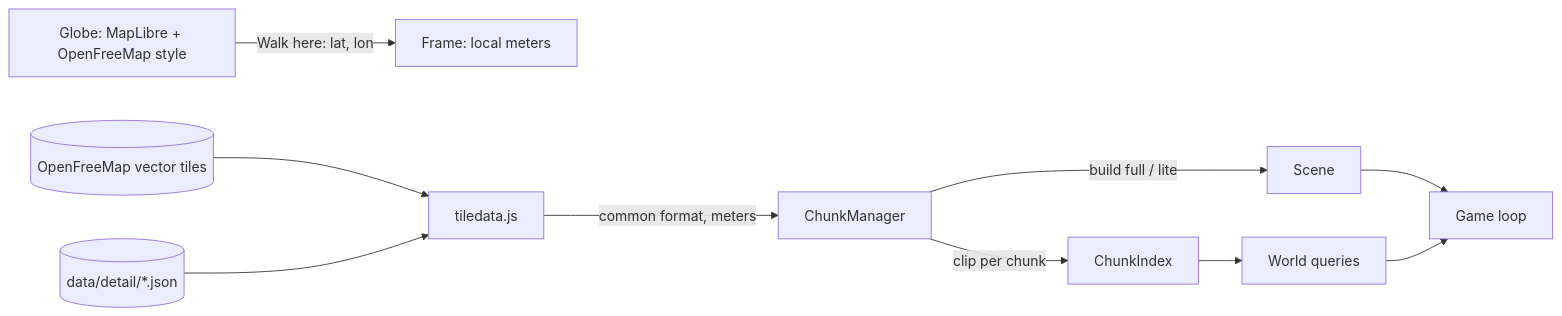
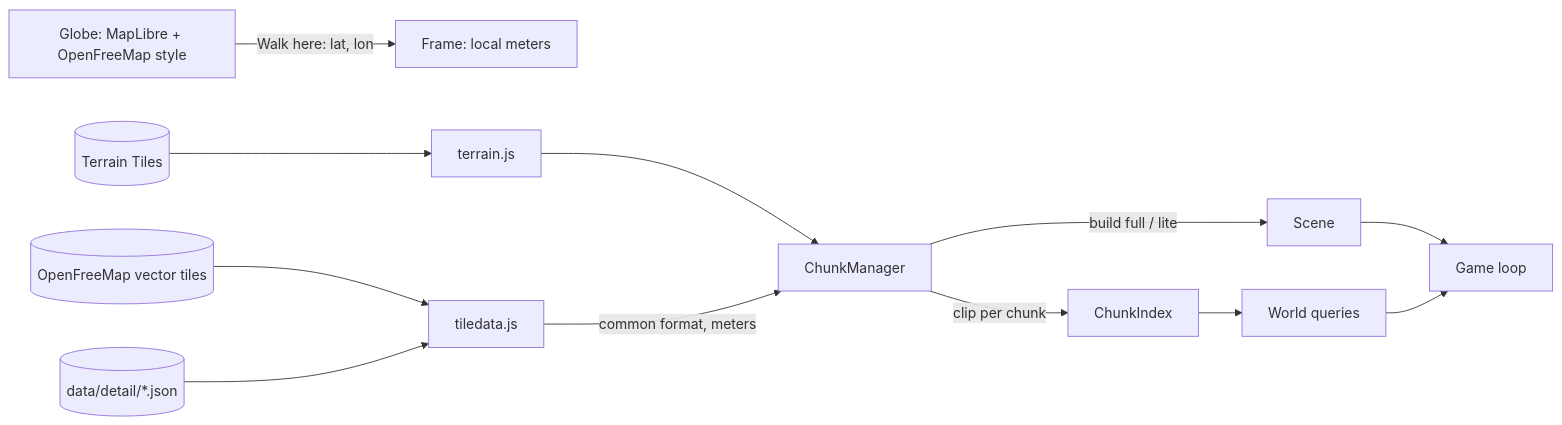
One commit to muhammad-hassnain/open-world changed the diagram in docs/ARCHITECTURE.md. Above: the diagram before and after it, drawn with Mermaid. The commit also changed other lines of this file and 15 other files, not shown here.

````diff
--- a/docs/ARCHITECTURE.md
+++ b/docs/ARCHITECTURE.md
@@ -5,10 +5,11 @@
 ```mermaid
 flowchart LR
   G[Globe: MapLibre + OpenFreeMap style] -->|Walk here: lat, lon| F[Frame: local meters]
   VT[(OpenFreeMap vector tiles)] --> T[tiledata.js]
   DT[(data/detail/*.json)] --> T
+  TT[(Terrain Tiles)] --> E[terrain.js] --> C
   T -->|common format, meters| C[ChunkManager]
   C -->|clip per chunk| I[ChunkIndex] --> W[World queries]
   C -->|build full / lite| S[Scene] --> L[Game loop]
   W --> L
 ```
````
